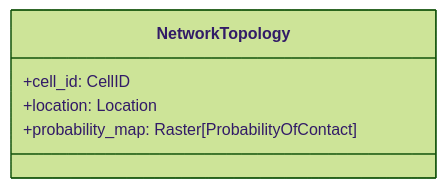
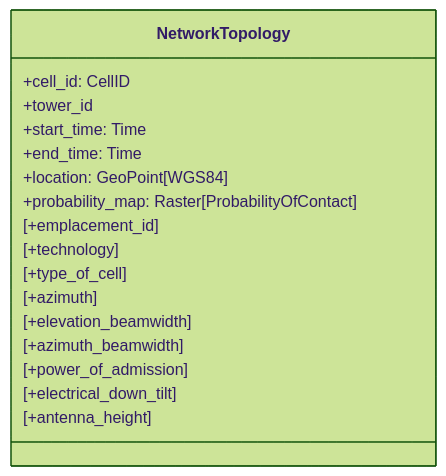
The sixth of 6 diagrams in README.md (djvanderlaan/pipeline), drawn with Mermaid (forest theme) before and after one commit. The commit also changed other lines of this file and 2 other files, not shown here.

````diff
--- a/README.md
+++ b/README.md
@@ -136,8 +169,20 @@
 ```mermaid
 classDiagram
   class NetworkTopology {
     +cell_id: CellID
-    +location: Location
+    +tower_id
+    +start_time: Time
+    +end_time: Time
+    +location: GeoPoint[WGS84]
     +probability_map: Raster[ProbabilityOfContact]
+    [+emplacement_id]
+    [+technology]
+    [+type_of_cell]
+    [+azimuth]
+    [+elevation_beamwidth]
+    [+azimuth_beamwidth]
+    [+power_of_admission]
+    [+electrical_down_tilt]
+    [+antenna_height]
   }
 ```
````
